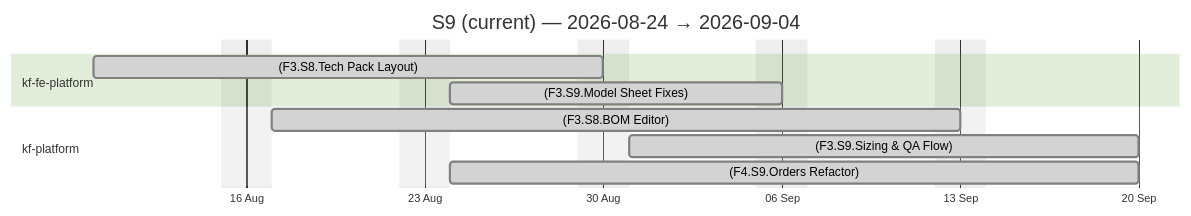
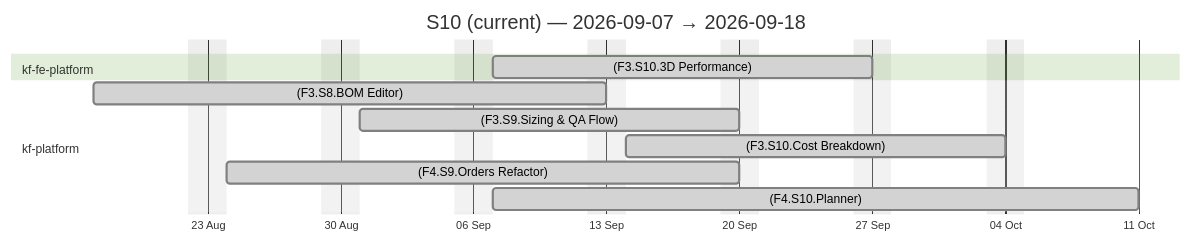
Before and after one commit to Katty-Fashion/kf-cpto: the third of 4 diagrams in docs/agile-sprints.md, drawn with Mermaid (forest theme). The commit also changed other lines of this file and 15 other files, not shown here.

````diff
--- a/docs/agile-sprints.md
+++ b/docs/agile-sprints.md
@@ -70,15 +71,16 @@
 ```mermaid
 gantt
-    title S9 (current) — 2026-08-24 → 2026-09-04
+    title S10 (current) — 2026-09-07 → 2026-09-18
     dateFormat YYYY-MM-DD
     axisFormat %d %b
     excludes weekends
 
     section kf-fe-platform
-    (F3.S8.Tech Pack Layout) :done, 2026-08-10, 2026-08-30
-    (F3.S9.Model Sheet Fixes) :done, 2026-08-24, 2026-09-06
+    (F3.S10.3D Performance) :done, 2026-09-07, 2026-09-27
     section kf-platform
     (F3.S8.BOM Editor) :done, 2026-08-17, 2026-09-13
     (F3.S9.Sizing & QA Flow) :done, 2026-08-31, 2026-09-20
+    (F3.S10.Cost Breakdown) :done, 2026-09-14, 2026-10-04
     (F4.S9.Orders Refactor) :done, 2026-08-24, 2026-09-20
+    (F4.S10.Planner) :done, 2026-09-07, 2026-10-11
 ```
````
